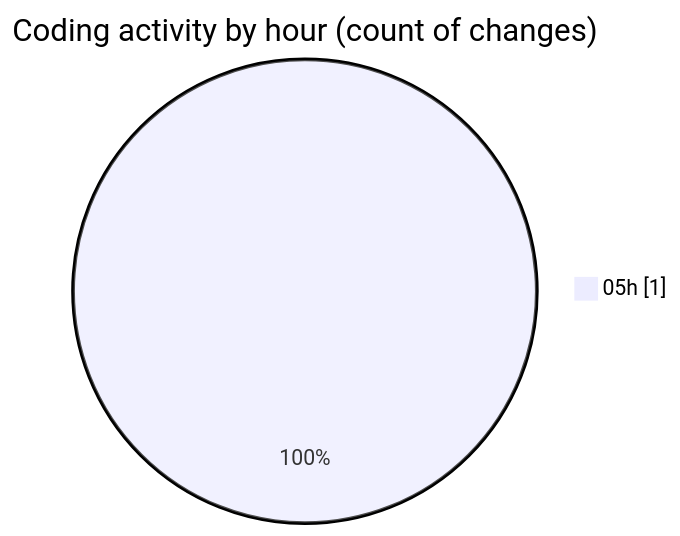
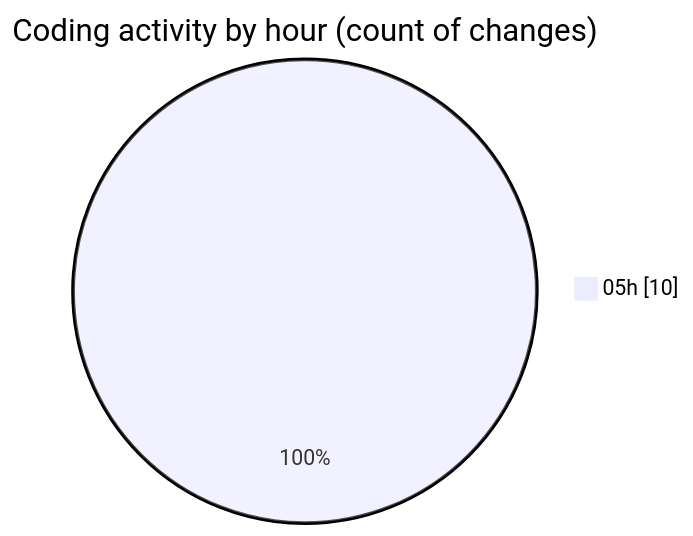
One commit to lephambinh05/code-tracking changed the second of 2 diagrams in 2025-09-10/hiai-phf/README.md. Above: the diagram before and after it, drawn with Mermaid. The commit also changed other lines of this file and 1 other file, not shown here.

````diff
--- a/2025-09-10/hiai-phf/README.md
+++ b/2025-09-10/hiai-phf/README.md
@@ -28,5 +30,5 @@
 ```mermaid
 pie showData
 title Coding activity by hour (count of changes)
-"05h" : 1
+"05h" : 10
 ```
````
